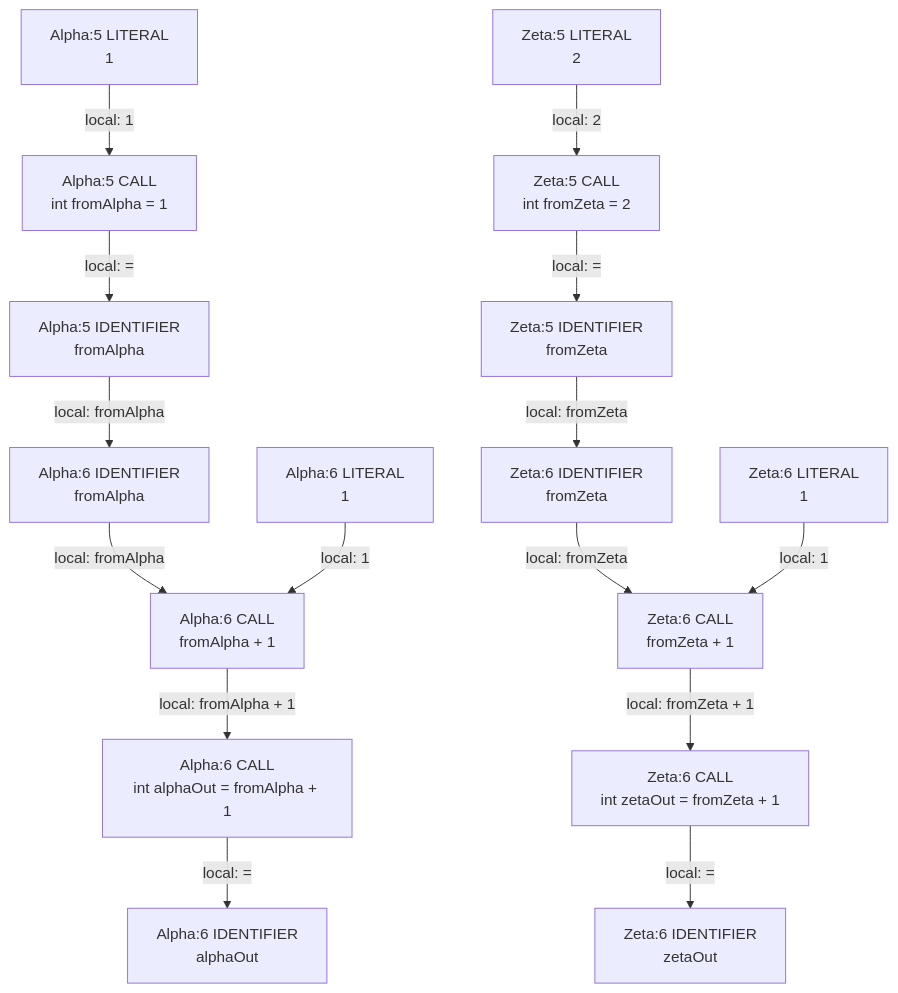
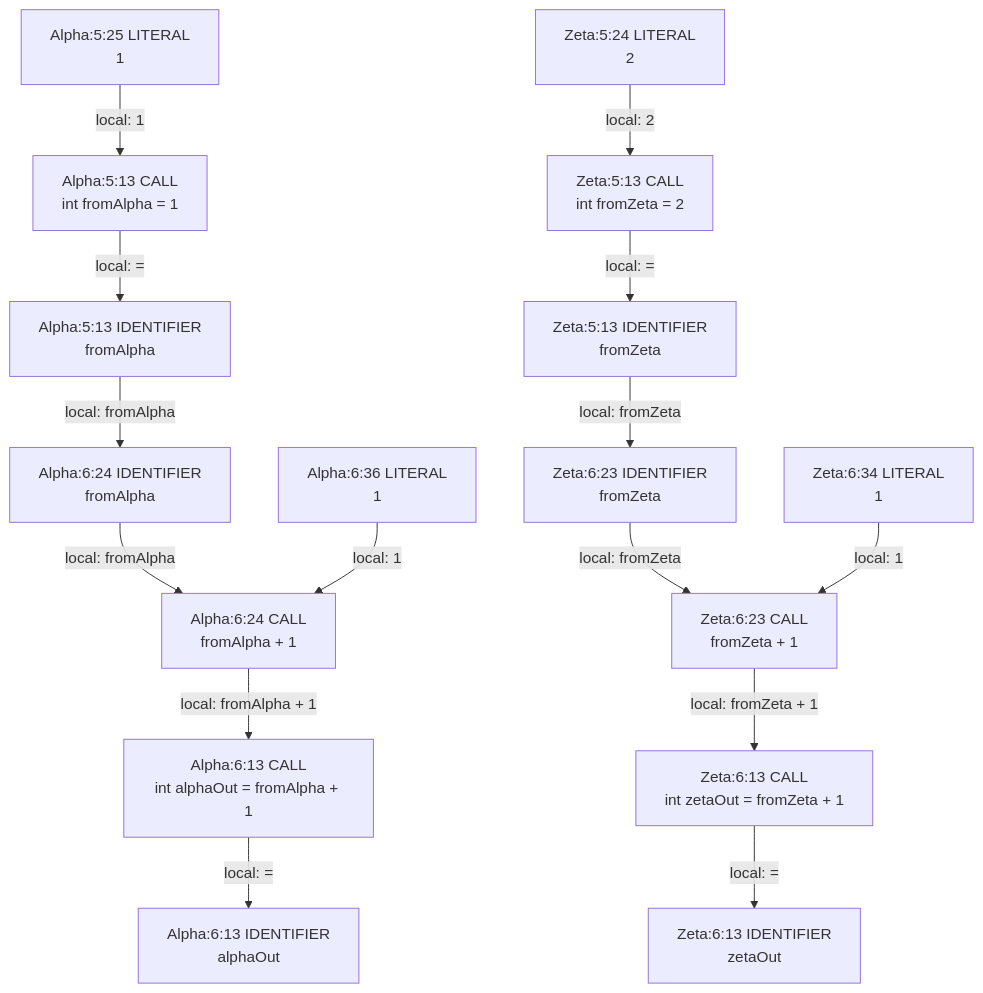
One commit to gstiebler/codeflow changed the diagram in app/src/test/resources/twoMains/spike-truth.md. Above: the diagram before and after it, drawn with Mermaid. The commit also changed 154 other files, not shown here.

````diff
--- a/app/src/test/resources/twoMains/spike-truth.md
+++ b/app/src/test/resources/twoMains/spike-truth.md
@@ -3,33 +3,33 @@
 ```mermaid
 flowchart TD
-  n0["Alpha:5 CALL<br/>int fromAlpha = 1"]
-  n1["Alpha:5 IDENTIFIER<br/>fromAlpha"]
-  n2["Alpha:5 LITERAL<br/>1"]
-  n3["Alpha:6 CALL<br/>fromAlpha + 1"]
-  n4["Alpha:6 CALL<br/>int alphaOut = fromAlpha + 1"]
-  n5["Alpha:6 IDENTIFIER<br/>alphaOut"]
-  n6["Alpha:6 IDENTIFIER<br/>fromAlpha"]
-  n7["Alpha:6 LITERAL<br/>1"]
-  n8["Zeta:5 CALL<br/>int fromZeta = 2"]
-  n9["Zeta:5 IDENTIFIER<br/>fromZeta"]
-  n10["Zeta:5 LITERAL<br/>2"]
-  n11["Zeta:6 CALL<br/>fromZeta + 1"]
-  n12["Zeta:6 CALL<br/>int zetaOut = fromZeta + 1"]
-  n13["Zeta:6 IDENTIFIER<br/>fromZeta"]
-  n14["Zeta:6 IDENTIFIER<br/>zetaOut"]
-  n15["Zeta:6 LITERAL<br/>1"]
+  n0["Alpha:5:13 CALL<br/>int fromAlpha = 1"]
+  n1["Alpha:5:13 IDENTIFIER<br/>fromAlpha"]
+  n2["Alpha:5:25 LITERAL<br/>1"]
+  n3["Alpha:6:13 CALL<br/>int alphaOut = fromAlpha + 1"]
+  n4["Alpha:6:13 IDENTIFIER<br/>alphaOut"]
+  n5["Alpha:6:24 CALL<br/>fromAlpha + 1"]
+  n6["Alpha:6:24 IDENTIFIER<br/>fromAlpha"]
+  n7["Alpha:6:36 LITERAL<br/>1"]
+  n8["Zeta:5:13 CALL<br/>int fromZeta = 2"]
+  n9["Zeta:5:13 IDENTIFIER<br/>fromZeta"]
+  n10["Zeta:5:24 LITERAL<br/>2"]
+  n11["Zeta:6:13 CALL<br/>int zetaOut = fromZeta + 1"]
+  n12["Zeta:6:13 IDENTIFIER<br/>zetaOut"]
+  n13["Zeta:6:23 CALL<br/>fromZeta + 1"]
+  n14["Zeta:6:23 IDENTIFIER<br/>fromZeta"]
+  n15["Zeta:6:34 LITERAL<br/>1"]
   n0 -->|"local: ="| n1
   n1 -->|"local: fromAlpha"| n6
   n10 -->|"local: 2"| n8
-  n11 -->|"local: fromZeta + 1"| n12
-  n12 -->|"local: ="| n14
-  n13 -->|"local: fromZeta"| n11
-  n15 -->|"local: 1"| n11
+  n11 -->|"local: ="| n12
+  n13 -->|"local: fromZeta + 1"| n11
+  n14 -->|"local: fromZeta"| n13
+  n15 -->|"local: 1"| n13
   n2 -->|"local: 1"| n0
-  n3 -->|"local: fromAlpha + 1"| n4
-  n4 -->|"local: ="| n5
-  n6 -->|"local: fromAlpha"| n3
-  n7 -->|"local: 1"| n3
+  n3 -->|"local: ="| n4
+  n5 -->|"local: fromAlpha + 1"| n3
+  n6 -->|"local: fromAlpha"| n5
+  n7 -->|"local: 1"| n5
   n8 -->|"local: ="| n9
-  n9 -->|"local: fromZeta"| n13
+  n9 -->|"local: fromZeta"| n14
 ```
````
